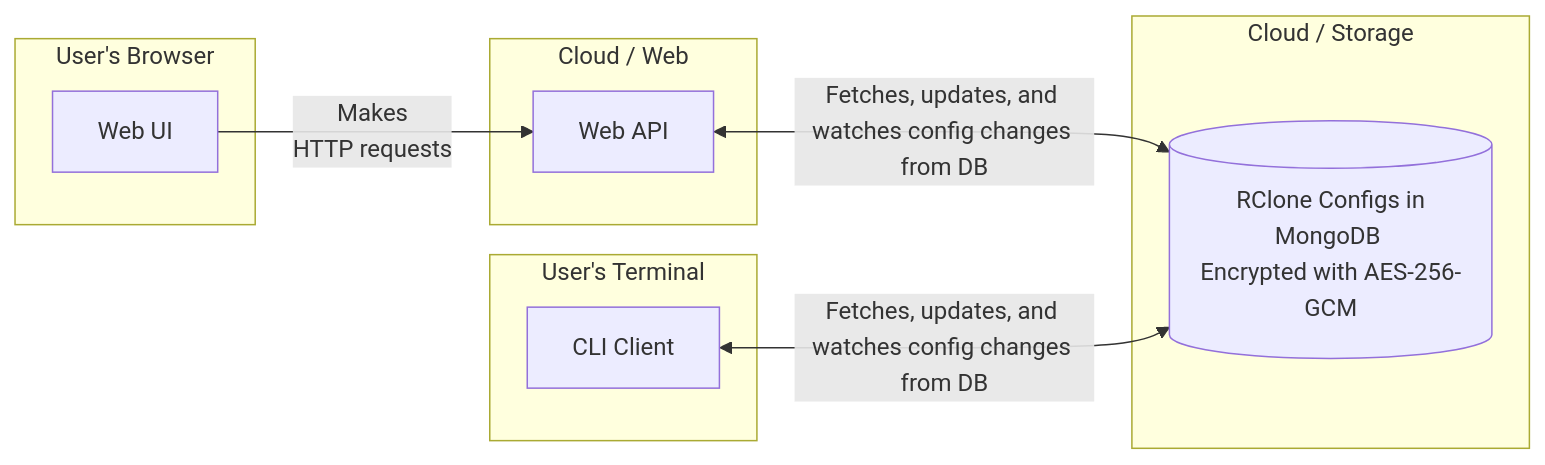
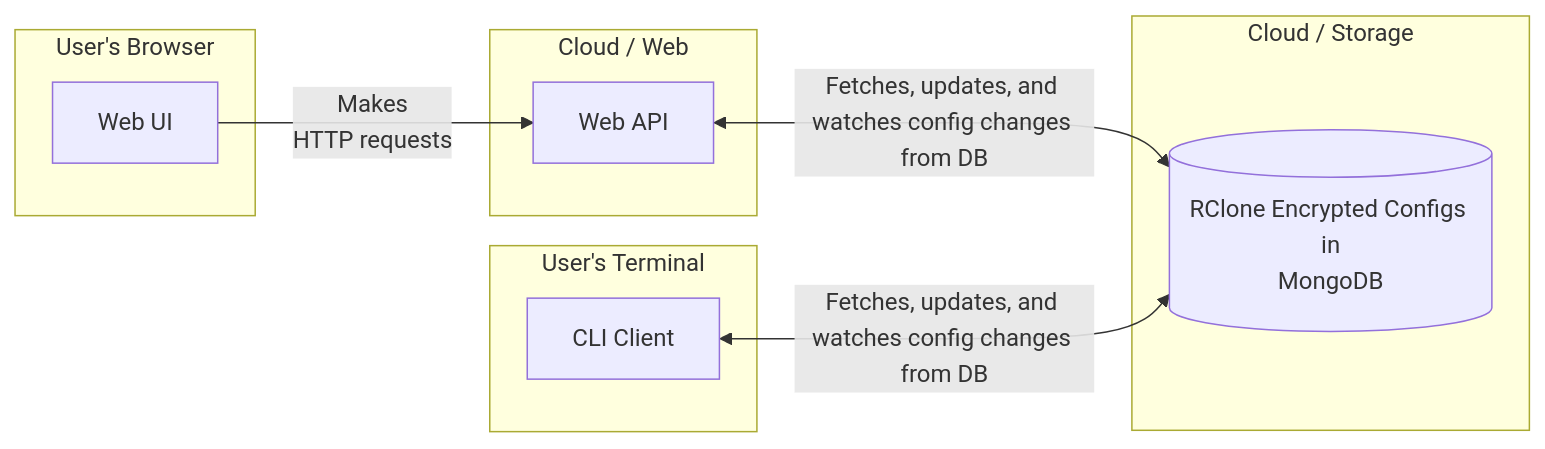
One commit to EKarton/RClone-on-Cloud changed the diagram in README.md. Above: the diagram before and after it, drawn with Mermaid.

````diff
--- a/README.md
+++ b/README.md
@@ -21,24 +21,24 @@
 ```mermaid
 graph LR
     subgraph "User's Terminal"
         CLI[CLI Client]
     end
 
     subgraph "Cloud / Storage"
-        MongoDB[(RClone Configs in\nMongoDB \nEncrypted with AES-256-GCM)]
+        MongoDB[(RClone Encrypted Configs in\nMongoDB)]
     end
 
     subgraph "Cloud / Web"
         WebAPI[Web API]
     end
 
     subgraph "User's Browser"
         WebUI[Web UI]
     end
 
     WebUI -->|"Makes \nHTTP requests"| WebAPI
 
     WebAPI <-->|"Fetches, updates, and watches config changes from DB"| MongoDB
 
     CLI <-->|"Fetches, updates, and watches config changes from DB"| MongoDB
 ```
````
